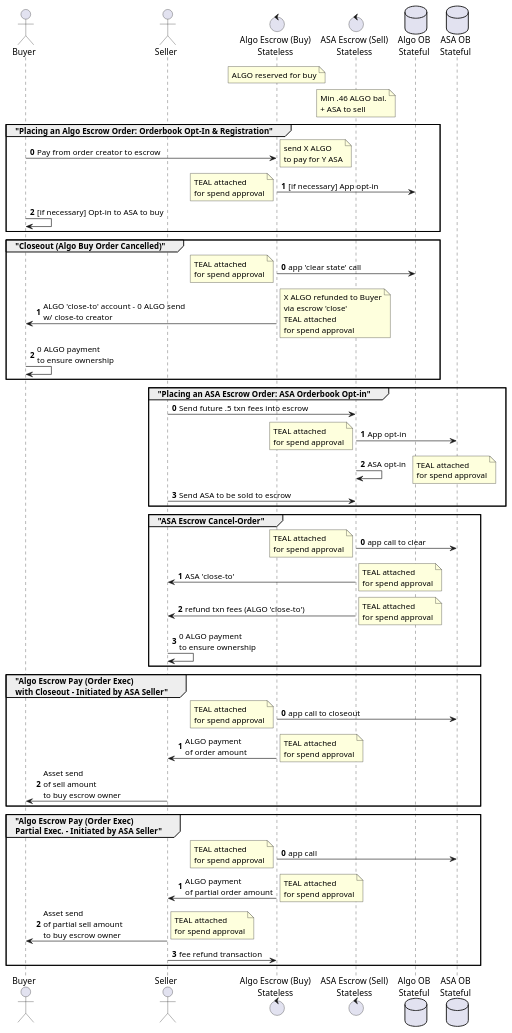
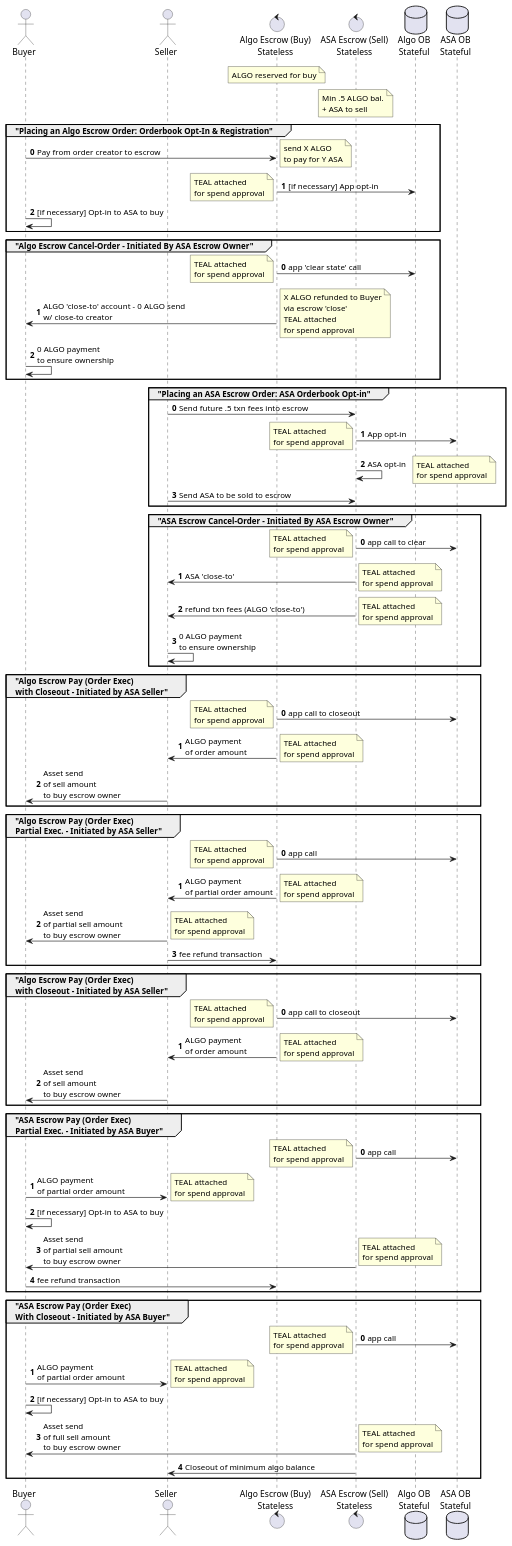
Before and after one commit to algodex/algodex-architecture: the diagram in diagrams/contracts.puml, drawn with PlantUML.

Commit message:
Update diagrams

```diff
--- a/diagrams/contracts.puml
+++ b/diagrams/contracts.puml
@@ -1,69 +1,102 @@
 @startuml
 actor Buyer
 actor Seller
 control "Algo Escrow (Buy)\nStateless" as AlgoEscrow
 control "ASA Escrow (Sell)\nStateless" as ASAEscrow
 database "Algo OB\nStateful" as AlgoOB
 database "ASA OB\nStateful" as ASAOB
 note over AlgoEscrow: ALGO reserved for buy
-note over ASAEscrow: Min .46 ALGO bal.\n+ ASA to sell
+note over ASAEscrow: Min .5 ALGO bal.\n+ ASA to sell
 
 group "Placing an Algo Escrow Order: Orderbook Opt-In & Registration"
 autonumber 0
 Buyer -> AlgoEscrow: Pay from order creator to escrow
 note right: send X ALGO\nto pay for Y ASA
 AlgoEscrow -> AlgoOB: [if necessary] App opt-in
 note left: TEAL attached\nfor spend approval
 Buyer -> Buyer: [if necessary] Opt-in to ASA to buy
 end
 
-group "Closeout (Algo Buy Order Cancelled)"
+group "Algo Escrow Cancel-Order - Initiated By ASA Escrow Owner"
 autonumber 0
 AlgoEscrow -> AlgoOB: app 'clear state' call
 note left: TEAL attached\nfor spend approval
 AlgoEscrow -> Buyer: ALGO 'close-to' account - 0 ALGO send\nw/ close-to creator
 note right: X ALGO refunded to Buyer\nvia escrow 'close'\nTEAL attached\nfor spend approval
 Buyer -> Buyer: 0 ALGO payment\nto ensure ownership
 end
 
 group "Placing an ASA Escrow Order: ASA Orderbook Opt-in"
 autonumber 0
 Seller -> ASAEscrow: Send future .5 txn fees into escrow
 ASAEscrow -> ASAOB: App opt-in
 note left: TEAL attached\nfor spend approval
 ASAEscrow -> ASAEscrow: ASA opt-in
 note right: TEAL attached\nfor spend approval
 Seller -> ASAEscrow: Send ASA to be sold to escrow
 end
 
-group "ASA Escrow Cancel-Order"
+group "ASA Escrow Cancel-Order - Initiated By ASA Escrow Owner"
 autonumber 0
 ASAEscrow -> ASAOB: app call to clear
 note left: TEAL attached\nfor spend approval
 ASAEscrow -> Seller: ASA 'close-to'
 note right: TEAL attached\nfor spend approval
 ASAEscrow -> Seller: refund txn fees (ALGO 'close-to')
 note right: TEAL attached\nfor spend approval
 Seller -> Seller: 0 ALGO payment\nto ensure ownership
 end
 
 group "Algo Escrow Pay (Order Exec)\nwith Closeout - Initiated by ASA Seller"
 autonumber 0
 AlgoEscrow -> ASAOB: app call to closeout
 note left: TEAL attached\nfor spend approval
 AlgoEscrow -> Seller: ALGO payment\nof order amount
 note right: TEAL attached\nfor spend approval
 Seller -> Buyer: Asset send\nof sell amount\nto buy escrow owner
 end
 
 group "Algo Escrow Pay (Order Exec)\nPartial Exec. - Initiated by ASA Seller"
 autonumber 0
 AlgoEscrow -> ASAOB: app call
 note left: TEAL attached\nfor spend approval
 AlgoEscrow -> Seller: ALGO payment\nof partial order amount
 note right: TEAL attached\nfor spend approval
 Seller -> Buyer: Asset send\nof partial sell amount\nto buy escrow owner
 note right: TEAL attached\nfor spend approval
 Seller -> AlgoEscrow: fee refund transaction
 end
+
+group "Algo Escrow Pay (Order Exec)\nwith Closeout - Initiated by ASA Seller"
+autonumber 0
+AlgoEscrow -> ASAOB: app call to closeout
+note left: TEAL attached\nfor spend approval
+AlgoEscrow -> Seller: ALGO payment\nof order amount
+note right: TEAL attached\nfor spend approval
+Seller -> Buyer: Asset send\nof sell amount\nto buy escrow owner
+end
+
+group "ASA Escrow Pay (Order Exec)\nPartial Exec. - Initiated by ASA Buyer"
+autonumber 0
+ASAEscrow -> ASAOB: app call
+note left: TEAL attached\nfor spend approval
+Buyer -> Seller: ALGO payment\nof partial order amount
+note right: TEAL attached\nfor spend approval
+Buyer -> Buyer: [if necessary] Opt-in to ASA to buy
+ASAEscrow -> Buyer: Asset send\nof partial sell amount\nto buy escrow owner
+note right: TEAL attached\nfor spend approval
+Buyer -> AlgoEscrow: fee refund transaction
+end
+
+group "ASA Escrow Pay (Order Exec)\nWith Closeout - Initiated by ASA Buyer"
+autonumber 0
+ASAEscrow -> ASAOB: app call
+note left: TEAL attached\nfor spend approval
+Buyer -> Seller: ALGO payment\nof partial order amount
+note right: TEAL attached\nfor spend approval
+Buyer -> Buyer: [if necessary] Opt-in to ASA to buy
+ASAEscrow -> Buyer: Asset send\nof full sell amount\nto buy escrow owner
+note right: TEAL attached\nfor spend approval
+ASAEscrow -> Seller: Closeout of minimum algo balance
+end
 @enduml
```
